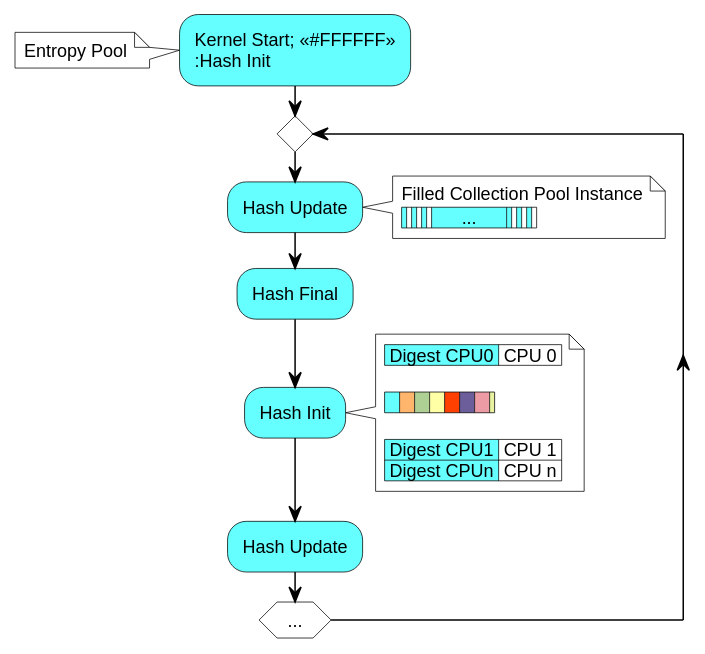
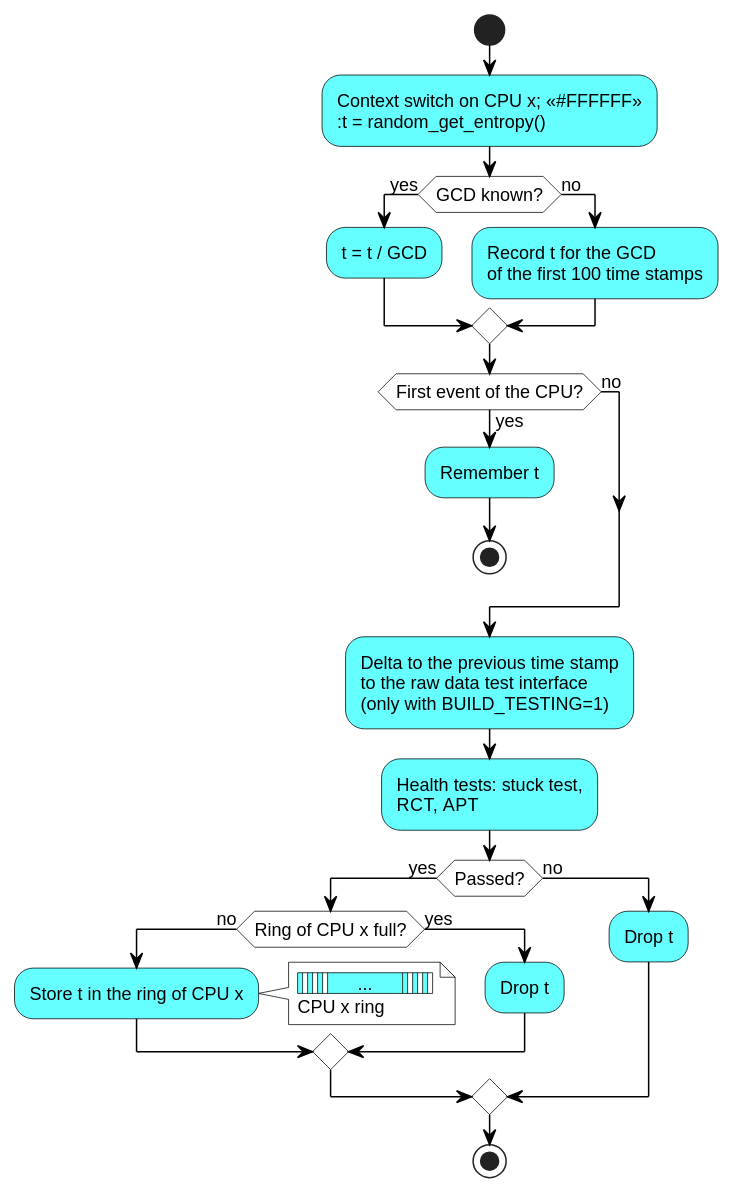
Before and after one commit to thillux/esdm: the diagram in doc/typst/figures/sched-pool-management.puml, drawn with PlantUML. The commit also changed 25 other files, not shown here.

```diff
--- a/doc/typst/figures/sched-pool-management.puml
+++ b/doc/typst/figures/sched-pool-management.puml
@@ -1,37 +1,49 @@
 @startuml
-' Figure 2.7: Scheduler per-CPU Entropy Pool Management
-' Life cycle of the per-CPU entropy pool (a hash state) of the scheduler ES.
+' Figure: Scheduler Event Recording
+' esdm_time_process() / esdm_time_process_common() of
+' addon/linux_esdm_es/esdm_es_timer_common.c - the same for interrupts
 skinparam defaultFontName "Liberation Sans"
 skinparam defaultFontSize 12
 skinparam shadowing false
 skinparam ArrowColor #000000
 skinparam ActivityBorderColor #000000
 skinparam ActivityBackgroundColor #66FFFF
 skinparam ActivityDiamondBackgroundColor #FFFFFF
 skinparam ActivityDiamondBorderColor #000000
 skinparam NoteBackgroundColor #FFFFFF
 skinparam NoteBorderColor #000000
 
-:Kernel Start; <<#FFFFFF>>
-:Hash Init;
-note left: Entropy Pool
-repeat
-  :Hash Update;
-  note right
-    Filled Collection Pool Instance
-    |<#66FFFF>| |<#66FFFF>| |<#66FFFF>| |<#66FFFF>      ...      |<#66FFFF>| |<#66FFFF>| |<#66FFFF>| |
-  end note
-  :Hash Final;
-  :Hash Init;
-  note right
-    |<#66FFFF> Digest CPU0 | CPU 0 |
-     
-    |<#66FFFF>   |<#FFB66C>   |<#AFD095>   |<#FFFFA6>   |<#FF4000>   |<#6B5E9B>   |<#EC9BA4>   |<#E8F2A1> |
-     
-    |<#66FFFF> Digest CPU1 | CPU 1 |
-    |<#66FFFF> Digest CPUn | CPU n |
-  end note
-  :Hash Update;
-repeat while (...)
-detach
+start
+:Context switch on CPU x; <<#FFFFFF>>
+:t = random_get_entropy();
+if (GCD known?) then (yes)
+  :t = t / GCD;
+else (no)
+  :Record t for the GCD
+  of the first 100 time stamps;
+endif
+if (First event of the CPU?) then (yes)
+  :Remember t;
+  stop
+else (no)
+endif
+:Delta to the previous time stamp
+to the raw data test interface
+(only with BUILD_TESTING=1);
+:Health tests: stuck test,
+RCT, APT;
+if (Passed?) then (yes)
+  if (Ring of CPU x full?) then (no)
+    :Store t in the ring of CPU x;
+    note right
+      |<#66FFFF>| |<#66FFFF>| |<#66FFFF>| |<#66FFFF>      ...      |<#66FFFF>| |<#66FFFF>| |<#66FFFF>| |
+      CPU x ring
+    end note
+  else (yes)
+    :Drop t;
+  endif
+else (no)
+  :Drop t;
+endif
+stop
 @enduml
```
